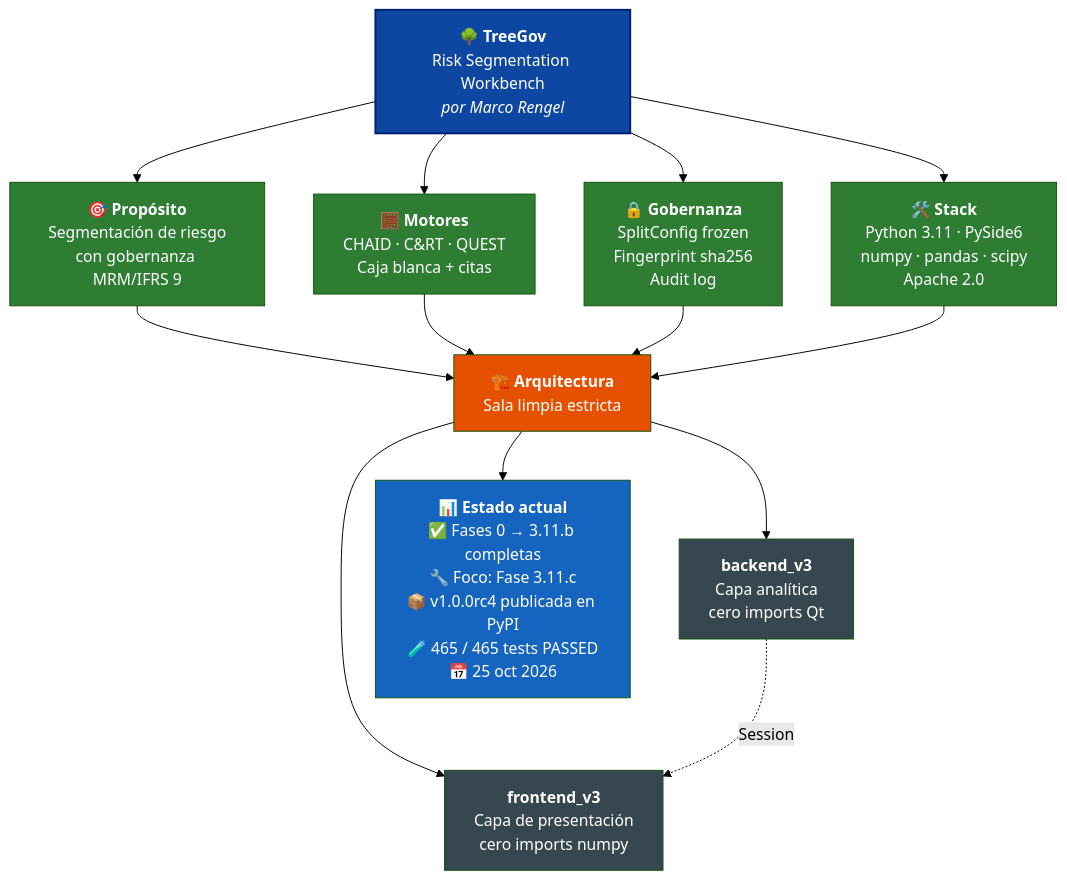
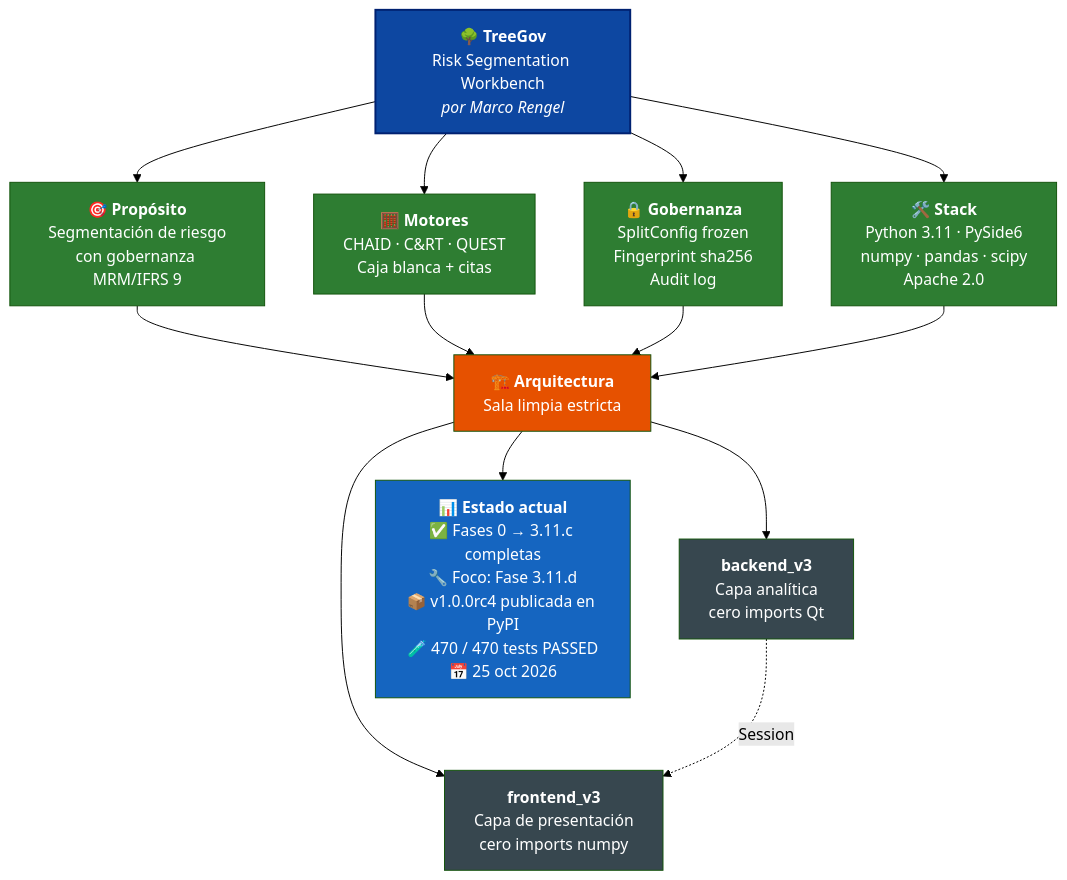
The diagram in README.es.md (Marco-Rengel/treegov), drawn with Mermaid (forest theme) before and after one commit. The commit also changed other lines of this file and 8 other files, not shown here.

````diff
--- a/README.es.md
+++ b/README.es.md
@@ -38,31 +38,31 @@
 ```mermaid
 flowchart TB
     TG["<b>🌳 TreeGov</b><br/>Risk Segmentation Workbench<br/><i>por Marco Rengel</i>"]
 
     TG --> P["<b>🎯 Propósito</b><br/>Segmentación de riesgo<br/>con gobernanza MRM/IFRS 9"]
     TG --> M["<b>🧮 Motores</b><br/>CHAID · C&RT · QUEST<br/>Caja blanca + citas"]
     TG --> G["<b>🔒 Gobernanza</b><br/>SplitConfig frozen<br/>Fingerprint sha256<br/>Audit log"]
     TG --> S["<b>🛠️ Stack</b><br/>Python 3.11 · PySide6<br/>numpy · pandas · scipy<br/>Apache 2.0"]
 
     P --> ARQ["<b>🏗️ Arquitectura</b><br/>Sala limpia estricta"]
     M --> ARQ
     G --> ARQ
     S --> ARQ
 
     ARQ --> BE["<b>backend_v3</b><br/>Capa analítica<br/>cero imports Qt"]
     ARQ --> FE["<b>frontend_v3</b><br/>Capa de presentación<br/>cero imports numpy"]
 
     BE -.->|Session| FE
 
-    ARQ --> ST["<b>📊 Estado actual</b><br/>✅ Fases 0 → 3.11.b completas<br/>🔧 Foco: Fase 3.11.c<br/>📦 v1.0.0rc4 publicada en PyPI<br/>🧪 465 / 465 tests PASSED<br/>📅 25 oct 2026"]
+    ARQ --> ST["<b>📊 Estado actual</b><br/>✅ Fases 0 → 3.11.c completas<br/>🔧 Foco: Fase 3.11.d<br/>📦 v1.0.0rc4 publicada en PyPI<br/>🧪 470 / 470 tests PASSED<br/>📅 25 oct 2026"]
 
     style TG fill:#0D47A1,color:#fff,stroke:#002171,stroke-width:2px
     style P fill:#2E7D32,color:#fff
     style M fill:#2E7D32,color:#fff
     style G fill:#2E7D32,color:#fff
     style S fill:#2E7D32,color:#fff
     style ARQ fill:#E65100,color:#fff
     style BE fill:#37474F,color:#fff
     style FE fill:#37474F,color:#fff
     style ST fill:#1565C0,color:#fff
 ```
````
